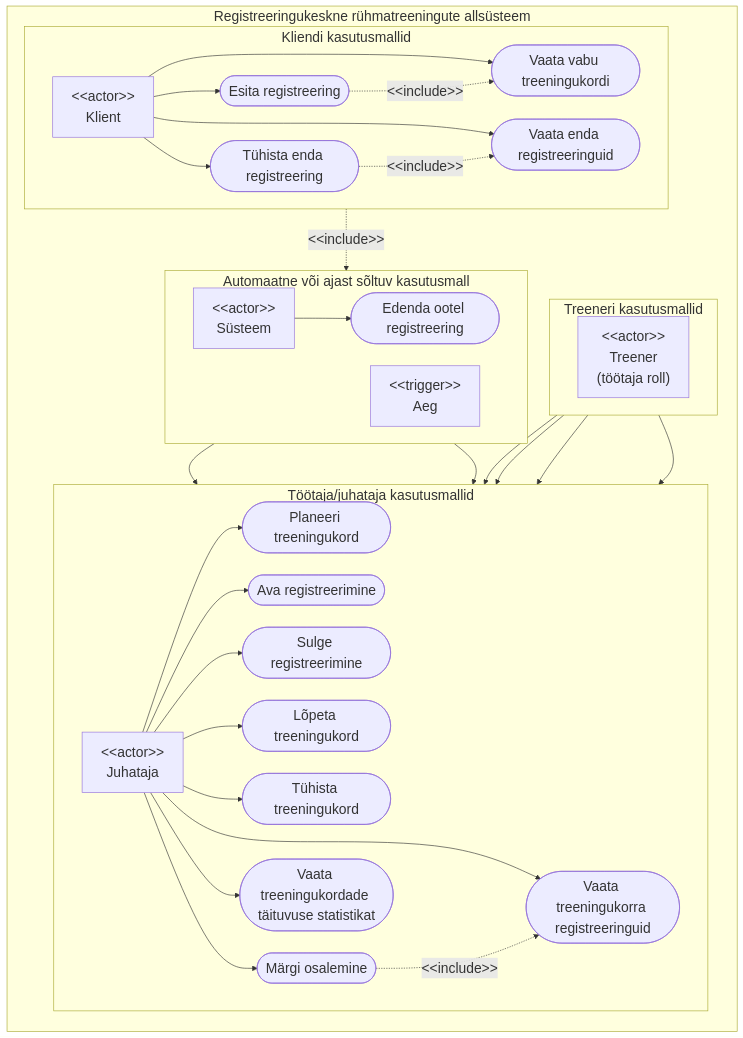
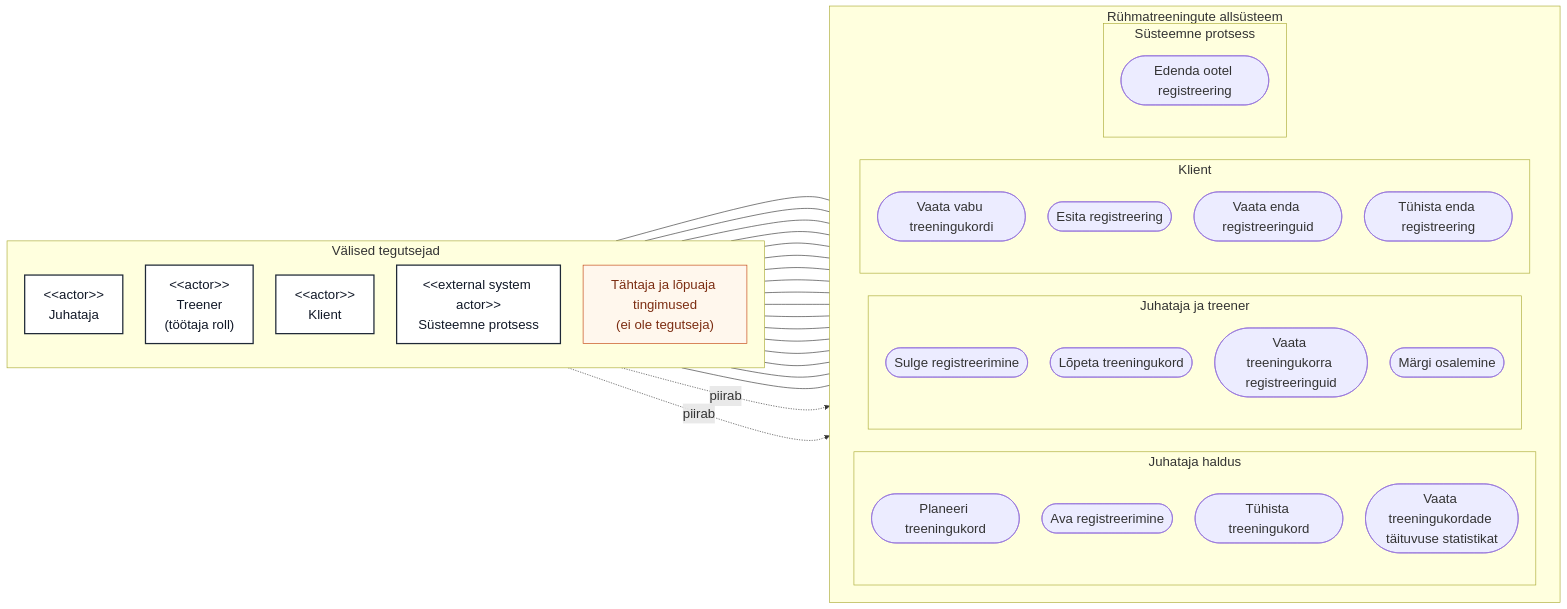
Before and after one commit to tamkivi/andmebaasid-projekt: the diagram in diagrams/02_use_cases.mmd, drawn with Mermaid. The commit also changed 32 other files, not shown here.

```diff
--- a/diagrams/02_use_cases.mmd
+++ b/diagrams/02_use_cases.mmd
@@ -1,63 +1,68 @@
-%%{init: {"themeVariables": {"fontSize": "22px"}, "flowchart": {"nodeSpacing": 35, "rankSpacing": 40}}}%%
-flowchart TB
-    subgraph SYSBOUND["Registreeringukeskne rühmatreeningute allsüsteem"]
+%%{init: {"themeVariables": {"fontSize": "21px"}, "flowchart": {"nodeSpacing": 36, "rankSpacing": 52, "curve": "basis"}}}%%
+flowchart LR
+    subgraph ACT["Välised tegutsejad"]
         direction TB
+        JUH["&lt;&lt;actor&gt;&gt;<br/>Juhataja"]:::actor
+        TRE["&lt;&lt;actor&gt;&gt;<br/>Treener<br/>(töötaja roll)"]:::actor
+        KLI["&lt;&lt;actor&gt;&gt;<br/>Klient"]:::actor
+        SYS["&lt;&lt;external system actor&gt;&gt;<br/>Süsteemne protsess"]:::actor
+        TIME["Tähtaja ja lõpuaja tingimused<br/>(ei ole tegutseja)"]:::note
+    end
 
-        subgraph MGR["Töötaja/juhataja kasutusmallid"]
-            direction LR
-            JUH["&lt;&lt;actor&gt;&gt;<br/>Juhataja"]
+    subgraph SYSBOUND["Rühmatreeningute allsüsteem"]
+        direction LR
+        subgraph UC1["Juhataja haldus"]
+            direction TB
             P(["Planeeri treeningukord"])
             A(["Ava registreerimine"])
+            C(["Tühista treeningukord"])
+            S(["Vaata treeningukordade täituvuse statistikat"])
+        end
+
+        subgraph UC2["Juhataja ja treener"]
+            direction TB
             SL(["Sulge registreerimine"])
             L(["Lõpeta treeningukord"])
-            C(["Tühista treeningukord"])
             R(["Vaata treeningukorra registreeringuid"])
             O(["Märgi osalemine"])
-            S(["Vaata treeningukordade täituvuse statistikat"])
-            JUH --> P
-            JUH --> A
-            JUH --> SL
-            JUH --> L
-            JUH --> C
-            JUH --> R
-            JUH --> O
-            JUH --> S
         end
 
-        subgraph TRN["Treeneri kasutusmallid"]
-            direction LR
-            TRE["&lt;&lt;actor&gt;&gt;<br/>Treener<br/>(töötaja roll)"]
-            TRE --> R
-            TRE --> O
-            TRE --> SL
-            TRE --> L
+        subgraph UC3["Klient"]
+            direction TB
+            AJ(["Vaata vabu treeningukordi"])
+            REG(["Esita registreering"])
+            MINU(["Vaata enda registreeringuid"])
+            TYH(["Tühista enda registreering"])
         end
 
-        subgraph CLI["Kliendi kasutusmallid"]
-            direction LR
-            KLI["&lt;&lt;actor&gt;&gt;<br/>Klient"]
-            AJ(["Vaata vabu treeningukordi"])
-            REG(["Esita registreering"])
-            TYH(["Tühista enda registreering"])
-            MINU(["Vaata enda registreeringuid"])
-            KLI --> AJ
-            KLI --> REG
-            KLI --> TYH
-            KLI --> MINU
-        end
-
-        subgraph AUTO["Automaatne või ajast sõltuv kasutusmall"]
-            direction LR
-            SYS["&lt;&lt;actor&gt;&gt;<br/>Süsteem"]
-            AEG["&lt;&lt;trigger&gt;&gt;<br/>Aeg"]
+        subgraph UC4["Süsteemne protsess"]
+            direction TB
             ED(["Edenda ootel registreering"])
-            SYS --> ED
-            AEG --> SL
-            AEG --> L
         end
     end
 
-    REG -. "&lt;&lt;include&gt;&gt;" .-> AJ
-    TYH -. "&lt;&lt;include&gt;&gt;" .-> MINU
-    TYH -. "&lt;&lt;include&gt;&gt;" .-> ED
-    O -. "&lt;&lt;include&gt;&gt;" .-> R
+    JUH --- P
+    JUH --- A
+    JUH --- SL
+    JUH --- L
+    JUH --- C
+    JUH --- R
+    JUH --- O
+    JUH --- S
+
+    TRE --- SL
+    TRE --- L
+    TRE --- R
+    TRE --- O
+
+    KLI --- AJ
+    KLI --- REG
+    KLI --- MINU
+    KLI --- TYH
+
+    SYS --- ED
+    TIME -. "piirab" .-> SL
+    TIME -. "piirab" .-> L
+
+    classDef actor fill:#ffffff,stroke:#1f2937,stroke-width:2px,color:#111827;
+    classDef note fill:#fff7ed,stroke:#c2410c,stroke-width:1px,color:#7c2d12;
```
